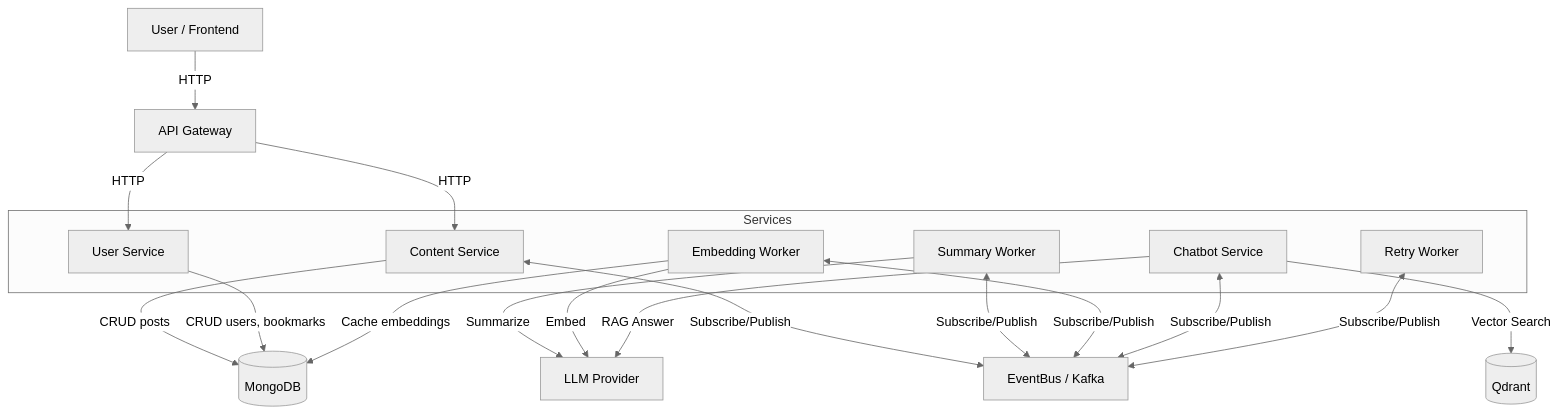
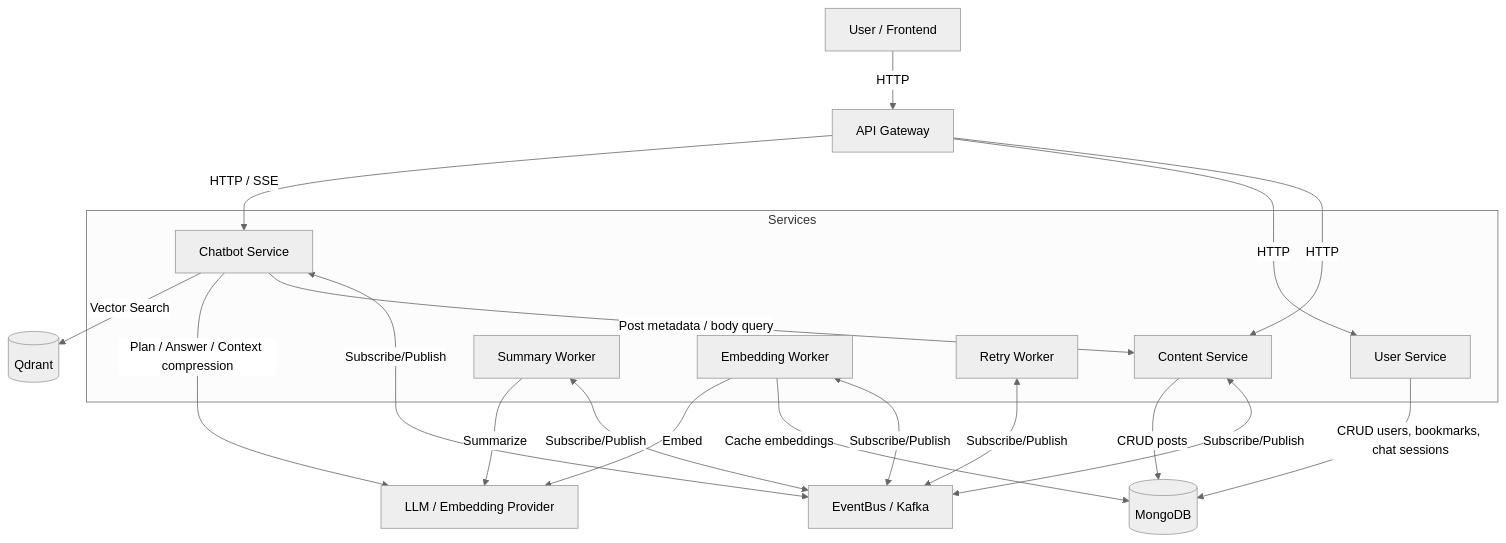
Before and after one commit to TechLetter/tech-letter: the first of 4 diagrams in README.md, drawn with Mermaid (neutral theme). The commit also changed other lines of this file, not shown here.

Commit message:
docs: update chatbot architecture overview

````diff
--- a/README.md
+++ b/README.md
@@ -67,32 +70,35 @@
 ```mermaid
 flowchart TB
     Client[User / Frontend] -->|HTTP| API[API Gateway]
     API -->|HTTP| CS[Content Service]
     API -->|HTTP| US[User Service]
+    API -->|HTTP / SSE| CBS[Chatbot Service]
 
     subgraph Services
         CS
         US
         SW[Summary Worker]
         EW[Embedding Worker]
         CBS[Chatbot Service]
         RW[Retry Worker]
     end
 
     CS <-->|Subscribe/Publish| EB[EventBus / Kafka]
     SW <-->|Subscribe/Publish| EB
     EW <-->|Subscribe/Publish| EB
     CBS <-->|Subscribe/Publish| EB
     RW <-->|Subscribe/Publish| EB
 
-    %% DB 노드 모양을 관계 설정보다 먼저 명시하여 파싱 오류 방지
     DB[(MongoDB)]
+    VDB[(Qdrant)]
+    LLM[LLM / Embedding Provider]
 
     CS -->|CRUD posts| DB
-    US -->|CRUD users, bookmarks| DB
+    US -->|CRUD users, bookmarks, chat sessions| DB
     EW -->|Cache embeddings| DB
-    SW -->|Summarize| LLM[LLM Provider]
+    CBS -->|Post metadata / body query| CS
+    SW -->|Summarize| LLM
     EW -->|Embed| LLM
-    CBS -->|RAG Answer| LLM
-    CBS -->|Vector Search| VDB[(Qdrant)]
+    CBS -->|Plan / Answer / Context compression| LLM
+    CBS -->|Vector Search| VDB
 ```
````
